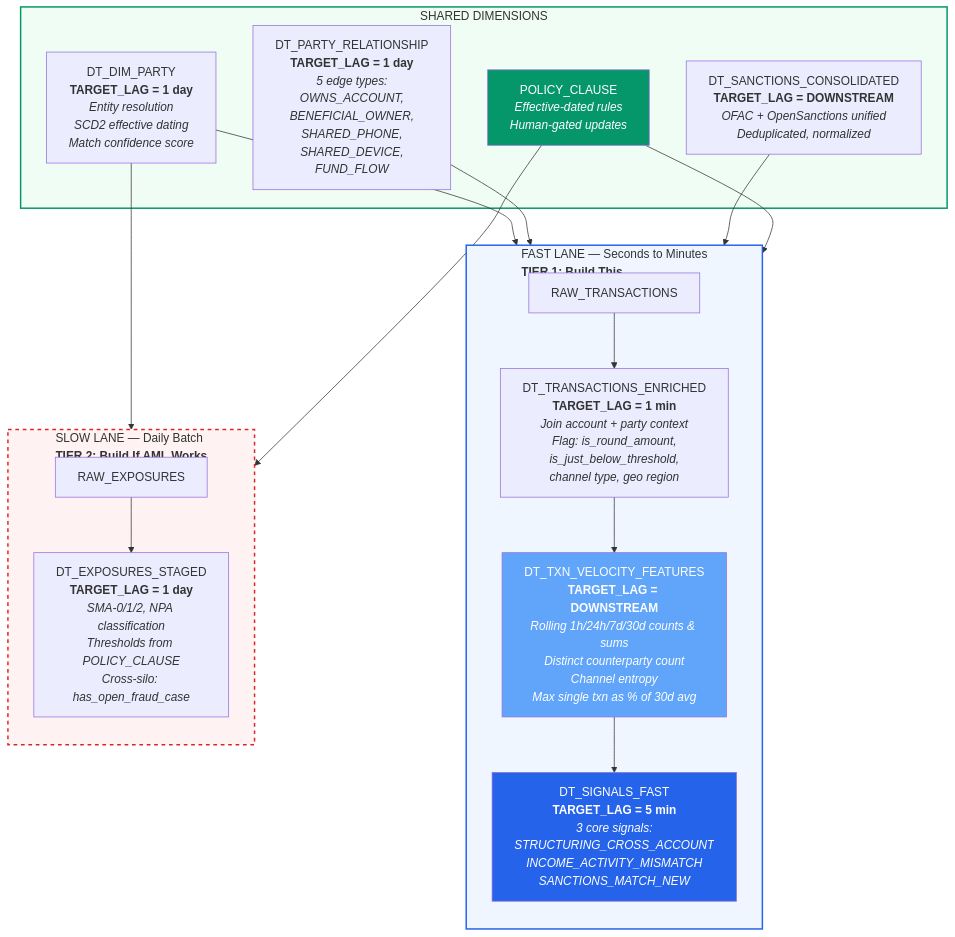
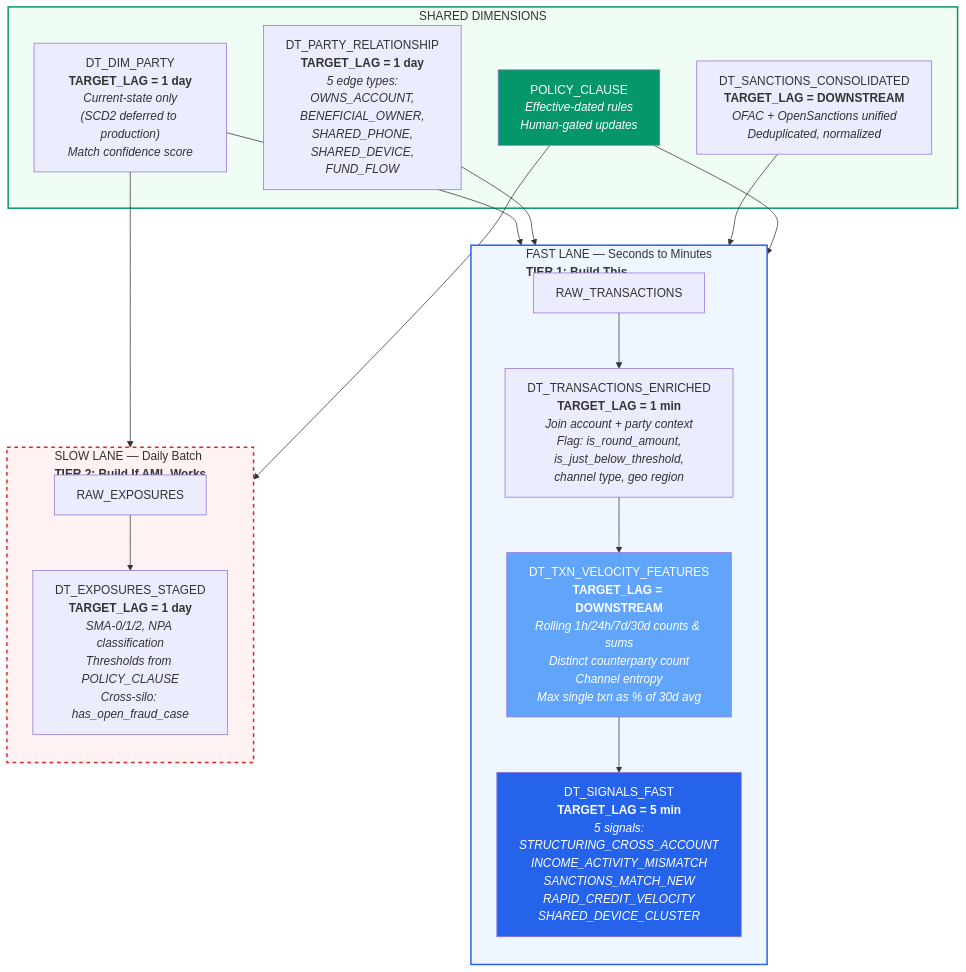
The fourth of 18 diagrams in docs/enhanced-architecture-diagrams.md (AbhaBarge/RiskRemoved_Snowflake), drawn with Mermaid before and after one commit. The commit also changed other lines of this file and 4 other files, not shown here.

````diff
--- a/docs/enhanced-architecture-diagrams.md
+++ b/docs/enhanced-architecture-diagrams.md
@@ -368,39 +376,39 @@
 ```mermaid
 flowchart TB
     subgraph FAST["FAST LANE — Seconds to Minutes<br/><b>TIER 1: Build This</b>"]
         direction TB
         RAW_TXN["RAW_TRANSACTIONS"]
         DT_ENR["DT_TRANSACTIONS_ENRICHED<br/><b>TARGET_LAG = 1 min</b><br/><i>Join account + party context<br/>Flag: is_round_amount,<br/>is_just_below_threshold,<br/>channel type, geo region</i>"]
         DT_VEL["DT_TXN_VELOCITY_FEATURES<br/><b>TARGET_LAG = DOWNSTREAM</b><br/><i>Rolling 1h/24h/7d/30d counts & sums<br/>Distinct counterparty count<br/>Channel entropy<br/>Max single txn as % of 30d avg</i>"]
-        DT_SIG["DT_SIGNALS_FAST<br/><b>TARGET_LAG = 5 min</b><br/><i>3 core signals:<br/>STRUCTURING_CROSS_ACCOUNT<br/>INCOME_ACTIVITY_MISMATCH<br/>SANCTIONS_MATCH_NEW</i>"]
+        DT_SIG["DT_SIGNALS_FAST<br/><b>TARGET_LAG = 5 min</b><br/><i>5 signals:<br/>STRUCTURING_CROSS_ACCOUNT<br/>INCOME_ACTIVITY_MISMATCH<br/>SANCTIONS_MATCH_NEW<br/>RAPID_CREDIT_VELOCITY<br/>SHARED_DEVICE_CLUSTER</i>"]
         RAW_TXN --> DT_ENR --> DT_VEL --> DT_SIG
     end
 
     subgraph SLOW["SLOW LANE — Daily Batch<br/><b>TIER 2: Build If AML Works</b>"]
         direction TB
         RAW_EXP["RAW_EXPOSURES"]
         DT_STG["DT_EXPOSURES_STAGED<br/><b>TARGET_LAG = 1 day</b><br/><i>SMA-0/1/2, NPA classification<br/>Thresholds from POLICY_CLAUSE<br/>Cross-silo: has_open_fraud_case</i>"]
         RAW_EXP --> DT_STG
     end
 
     subgraph SHARED["SHARED DIMENSIONS"]
-        DT_PARTY["DT_DIM_PARTY<br/><b>TARGET_LAG = 1 day</b><br/><i>Entity resolution<br/>SCD2 effective dating<br/>Match confidence score</i>"]
+        DT_PARTY["DT_DIM_PARTY<br/><b>TARGET_LAG = 1 day</b><br/><i>Current-state only<br/>(SCD2 deferred to production)<br/>Match confidence score</i>"]
         DT_REL["DT_PARTY_RELATIONSHIP<br/><b>TARGET_LAG = 1 day</b><br/><i>5 edge types:<br/>OWNS_ACCOUNT,<br/>BENEFICIAL_OWNER,<br/>SHARED_PHONE,<br/>SHARED_DEVICE,<br/>FUND_FLOW</i>"]
         DT_SANC["DT_SANCTIONS_CONSOLIDATED<br/><b>TARGET_LAG = DOWNSTREAM</b><br/><i>OFAC + OpenSanctions unified<br/>Deduplicated, normalized</i>"]
         POL["POLICY_CLAUSE<br/><i>Effective-dated rules<br/>Human-gated updates</i>"]
     end
 
     DT_PARTY --> DT_ENR
     DT_PARTY --> DT_STG
     DT_REL --> DT_SIG
     DT_SANC --> DT_SIG
     POL --> DT_SIG
     POL --> DT_STG
 
     style FAST fill:#eff6ff,stroke:#2563eb,stroke-width:2px
     style SLOW fill:#fef2f2,stroke:#dc2626,stroke-width:2px,stroke-dasharray: 5 5
     style SHARED fill:#f0fdf4,stroke:#059669,stroke-width:2px
     style DT_SIG fill:#2563eb,color:#fff
     style DT_VEL fill:#60a5fa,color:#fff
     style POL fill:#059669,color:#fff
 ```
````
